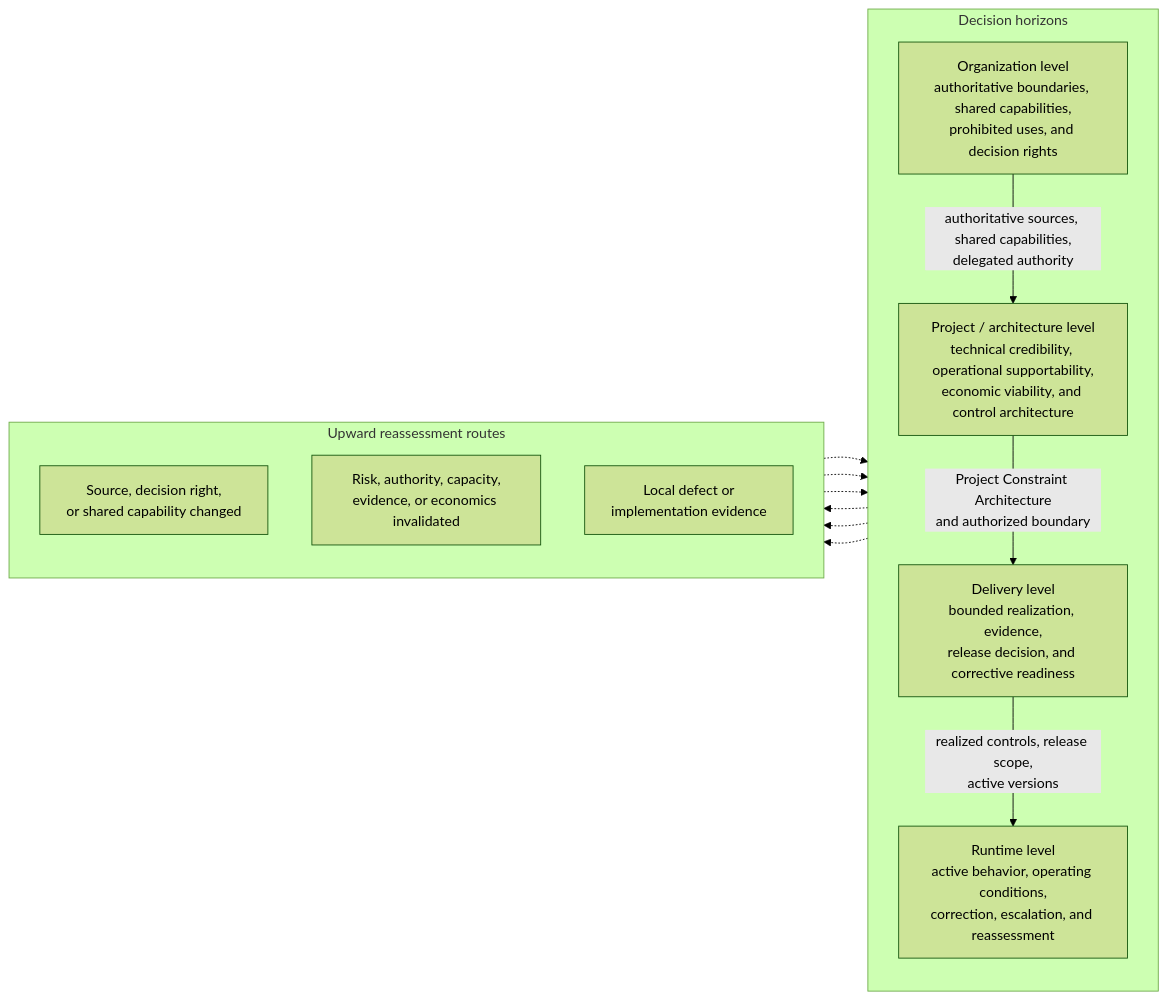
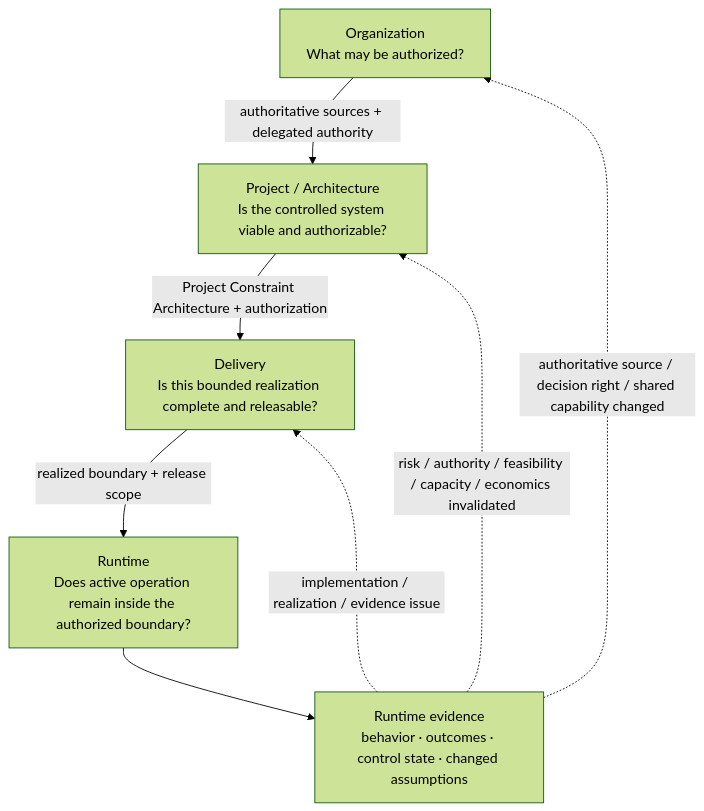
Before and after one commit to UncertaintyArchitectureGroup/uncertainty-architecture: the sixth of 14 diagrams in content/research/notes/open-engineering-specification-article-draft.md, drawn with Mermaid (forest theme). The commit also changed other lines of this file, not shown here.

Commit message:
fix(research): simplify Figure 6 reassessment routing

````diff
--- a/content/research/notes/open-engineering-specification-article-draft.md
+++ b/content/research/notes/open-engineering-specification-article-draft.md
@@ -288,25 +288,17 @@
 ```mermaid
-flowchart LR
-    subgraph H["Decision horizons"]
-        direction TB
-        O["Organization level<br/>authoritative boundaries, shared capabilities,<br/>prohibited uses, and decision rights"]
-        P["Project / architecture level<br/>technical credibility, operational supportability,<br/>economic viability, and control architecture"]
-        D["Delivery level<br/>bounded realization, evidence,<br/>release decision, and corrective readiness"]
-        R["Runtime level<br/>active behavior, operating conditions,<br/>correction, escalation, and reassessment"]
+flowchart TB
+    O["Organization<br/>What may be authorized?"]
+    P["Project / Architecture<br/>Is the controlled system viable and authorizable?"]
+    D["Delivery<br/>Is this bounded realization complete and releasable?"]
+    R["Runtime<br/>Does active operation remain inside the authorized boundary?"]
+    E["Runtime evidence<br/>behavior · outcomes · control state · changed assumptions"]
 
-        O -->|authoritative sources, shared capabilities,<br/>delegated authority| P
-        P -->|Project Constraint Architecture<br/>and authorized boundary| D
-        D -->|realized controls, release scope,<br/>active versions| R
-    end
+    O -->|authoritative sources + delegated authority| P
+    P -->|Project Constraint Architecture + authorization| D
+    D -->|realized boundary + release scope| R
+    R --> E
 
-    subgraph U["Upward reassessment routes"]
-        direction TB
-        UO["Source, decision right,<br/>or shared capability changed"]
-        UP["Risk, authority, capacity,<br/>evidence, or economics invalidated"]
-        UD["Local defect or<br/>implementation evidence"]
-    end
-
-    R -.-> UO -.-> O
-    R -.-> UP -.-> P
-    R -.-> UD -.-> D
+    E -.->|implementation / realization / evidence issue| D
+    E -.->|risk / authority / feasibility / capacity / economics invalidated| P
+    E -.->|authoritative source / decision right / shared capability changed| O
 ```
````
